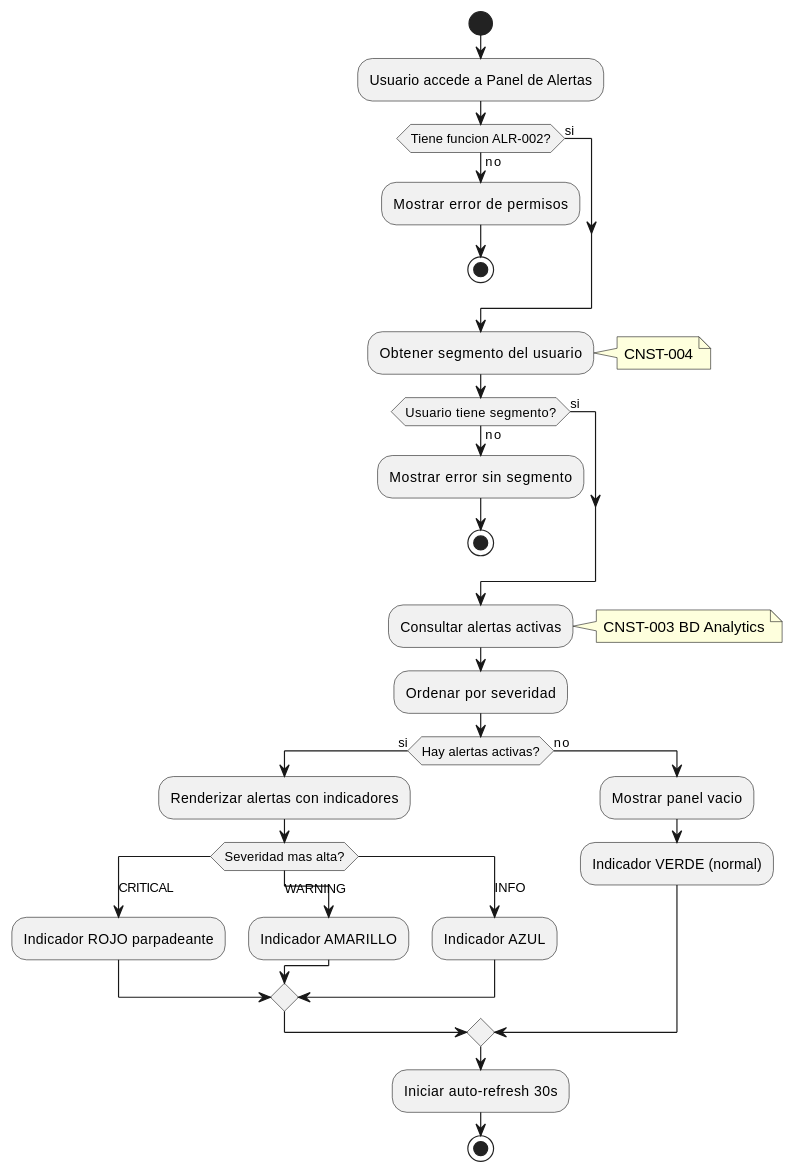
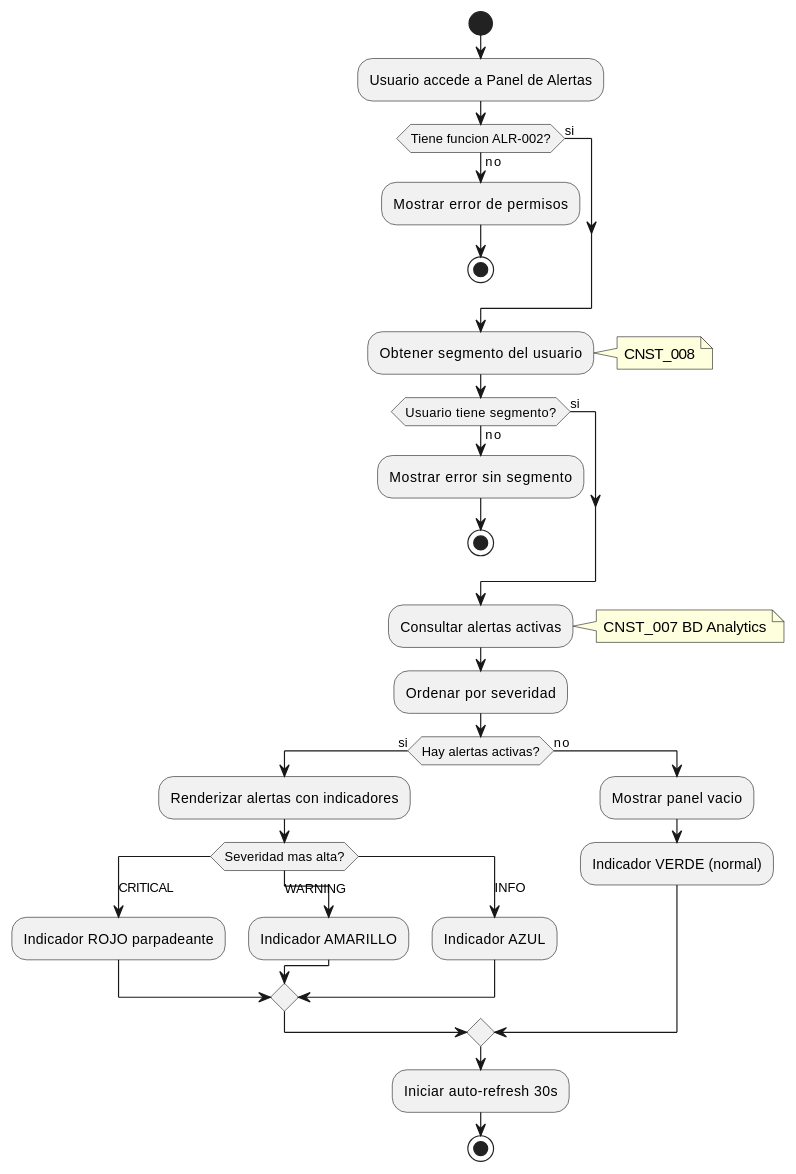
Before and after one commit to jcg-admin/IACT-docs: the third of 3 diagrams in source/requisitos/casos_uso/alerts/UC_ALR_02_Ver_Alertas_Activas.rst, drawn with PlantUML. The commit also changed other lines of this file and 67 other files, not shown here.

```diff
--- a/source/requisitos/casos_uso/alerts/UC_ALR_02_Ver_Alertas_Activas.rst
+++ b/source/requisitos/casos_uso/alerts/UC_ALR_02_Ver_Alertas_Activas.rst
@@ -306,46 +306,46 @@
 .. uml::
    :caption: Diagrama de Actividad - UC_ALR_02
 
    @startuml
    start
    :Usuario accede a Panel de Alertas;
 
    if (Tiene funcion ALR-002?) then (no)
      :Mostrar error de permisos;
      stop
    else (si)
    endif
 
    :Obtener segmento del usuario;
-   note right: CNST-004
+   note right: CNST_008
 
    if (Usuario tiene segmento?) then (no)
      :Mostrar error sin segmento;
      stop
    else (si)
    endif
 
    :Consultar alertas activas;
-   note right: CNST-003 BD Analytics
+   note right: CNST_007 BD Analytics
 
    :Ordenar por severidad;
 
    if (Hay alertas activas?) then (si)
      :Renderizar alertas con indicadores;
      switch (Severidad mas alta?)
      case (CRITICAL)
        :Indicador ROJO parpadeante;
      case (WARNING)
        :Indicador AMARILLO;
      case (INFO)
        :Indicador AZUL;
      endswitch
    else (no)
      :Mostrar panel vacio;
      :Indicador VERDE (normal);
    endif
 
    :Iniciar auto-refresh 30s;
 
    stop
    @enduml
```
